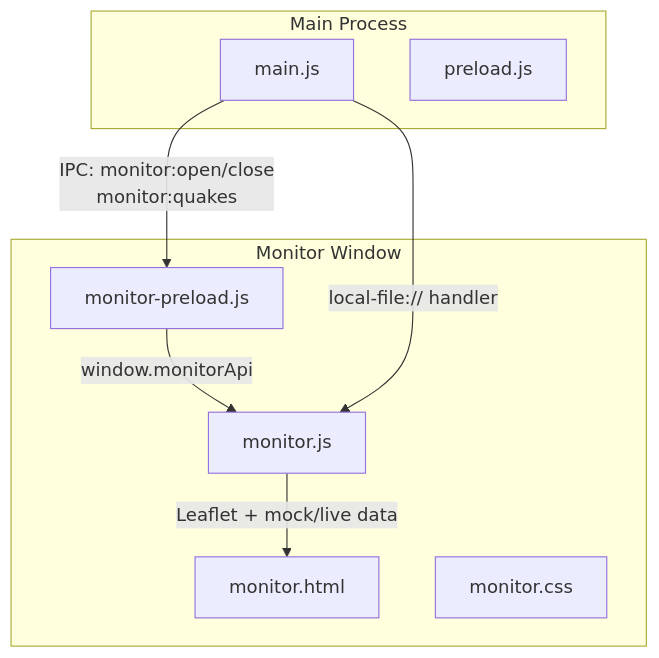
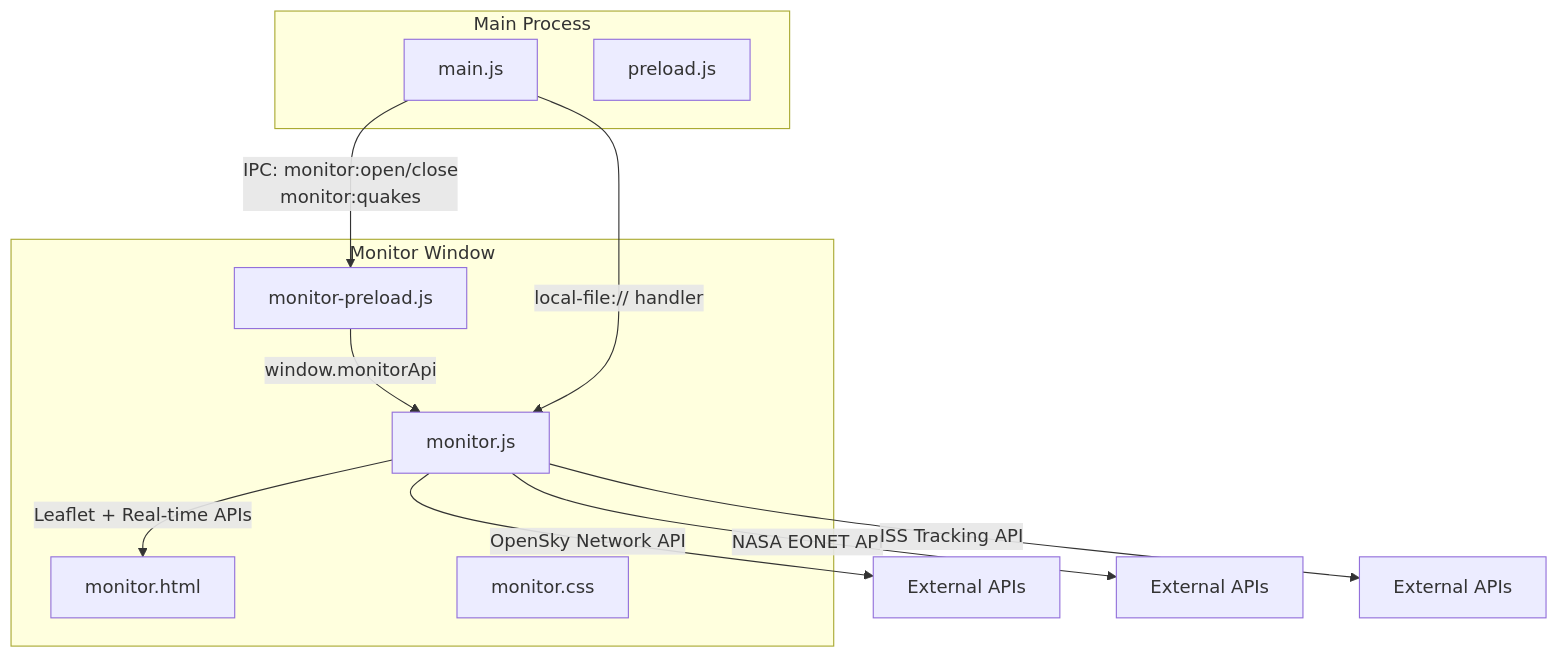
The first of 7 diagrams in .qoder/repowiki/en/content/Core Features/World Monitor.md (Annguyen0410/Personal-Messenger-Like-Storage-), drawn with Mermaid before and after one commit. The commit also changed other lines of this file and 25 other files, not shown here.

````diff
--- a/.qoder/repowiki/en/content/Core Features/World Monitor.md
+++ b/.qoder/repowiki/en/content/Core Features/World Monitor.md
@@ -44,17 +61,20 @@
 ```mermaid
 graph TB
 subgraph "Main Process"
 M["main.js"]
 P["preload.js"]
 end
 subgraph "Monitor Window"
 MH["monitor.html"]
 MC["monitor.css"]
 MJ["monitor.js"]
 MP["monitor-preload.js"]
 end
 M --> |"IPC: monitor:open/close<br>monitor:quakes"| MP
 MP --> |"window.monitorApi"| MJ
-MJ --> |"Leaflet + mock/live data"| MH
+MJ --> |"Leaflet + Real-time APIs"| MH
+MJ --> |"OpenSky Network API"| OSN["External APIs"]
+MJ --> |"NASA EONET API"| Nasa["External APIs"]
+MJ --> |"ISS Tracking API"| ISS["External APIs"]
 M --> |"local-file:// handler"| MJ
 ```
````
